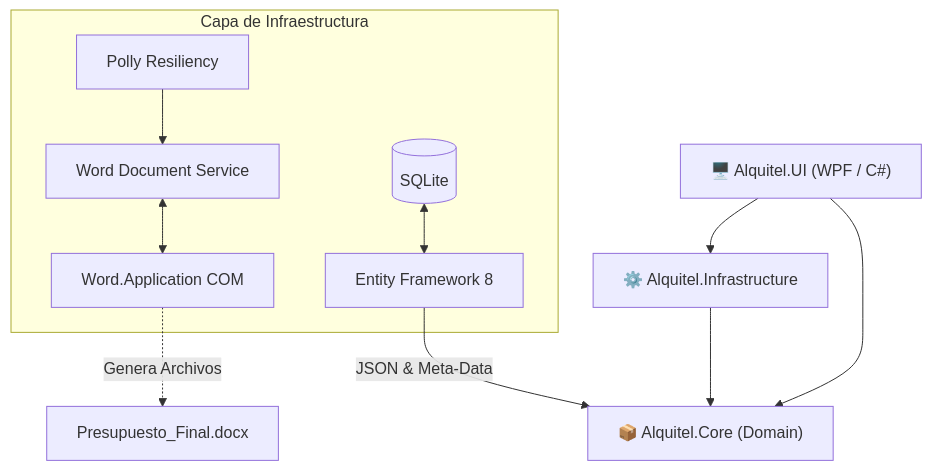
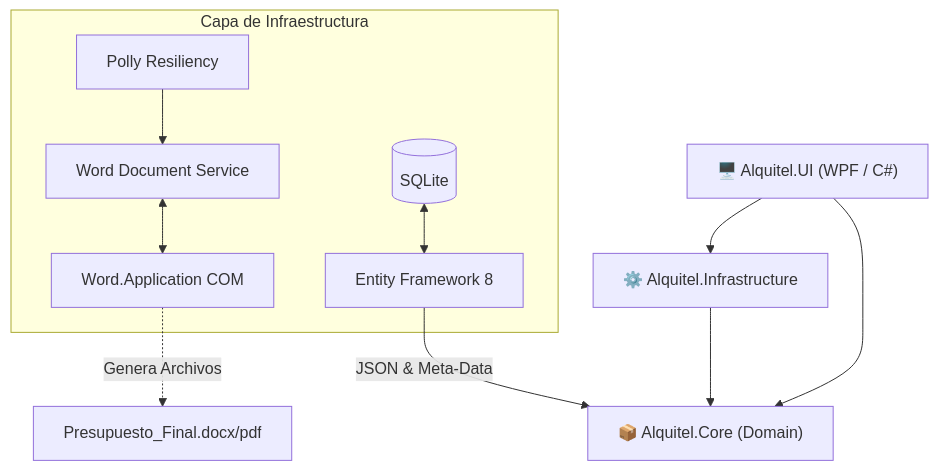
The diagram in README.md (DekelUsach/Alquitel), drawn with Mermaid before and after one commit. The commit also changed other lines of this file and 20 other files, not shown here.

````diff
--- a/README.md
+++ b/README.md
@@ -76,15 +86,15 @@
 ```mermaid
 graph TD
     UI["🖥️ Alquitel.UI (WPF / C#)"] --> Core["📦 Alquitel.Core (Domain)"]
     Infra["⚙️ Alquitel.Infrastructure"] --> Core
     UI --> Infra
     
     subgraph Capa de Infraestructura
         DB[(SQLite)] <--> EF["Entity Framework 8"]
         Word["Word Document Service"] <--> COM["Word.Application COM"]
         Polly["Polly Resiliency"] --> Word
     end
     
     EF --> |JSON & Meta-Data| Core
-    COM -.-> |Genera Archivos| Docs["Presupuesto_Final.docx"]
+    COM -.-> |Genera Archivos| Docs["Presupuesto_Final.docx/pdf"]
 ```
````
